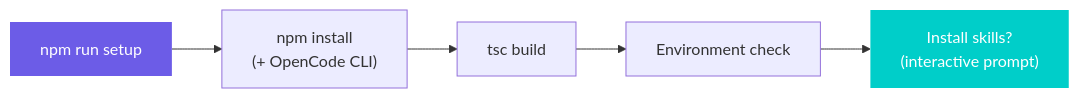
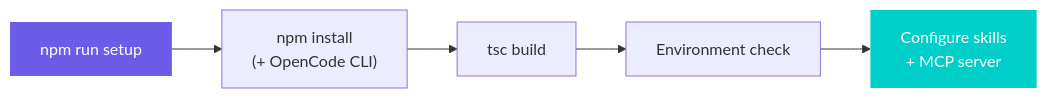
Before and after one commit to nkulavic/opencode-mcp: the fifth of 15 diagrams in README.md, drawn with Mermaid. The commit also changed other lines of this file and 2 other files, not shown here.

First line of the commit message:
feat: unified setup — skills + MCP auto-configuration

````diff
--- a/README.md
+++ b/README.md
@@ -157,9 +157,9 @@
 ```mermaid
 graph LR
     A["npm run setup"] --> B["npm install<br/>(+ OpenCode CLI)"]
     B --> C["tsc build"]
     C --> D["Environment check"]
-    D --> E["Install skills?<br/>(interactive prompt)"]
+    D --> E["Configure skills<br/>+ MCP server"]
     style A fill:#6C5CE7,color:#fff,stroke:none
     style E fill:#00CEC9,color:#fff,stroke:none
 ```
````
